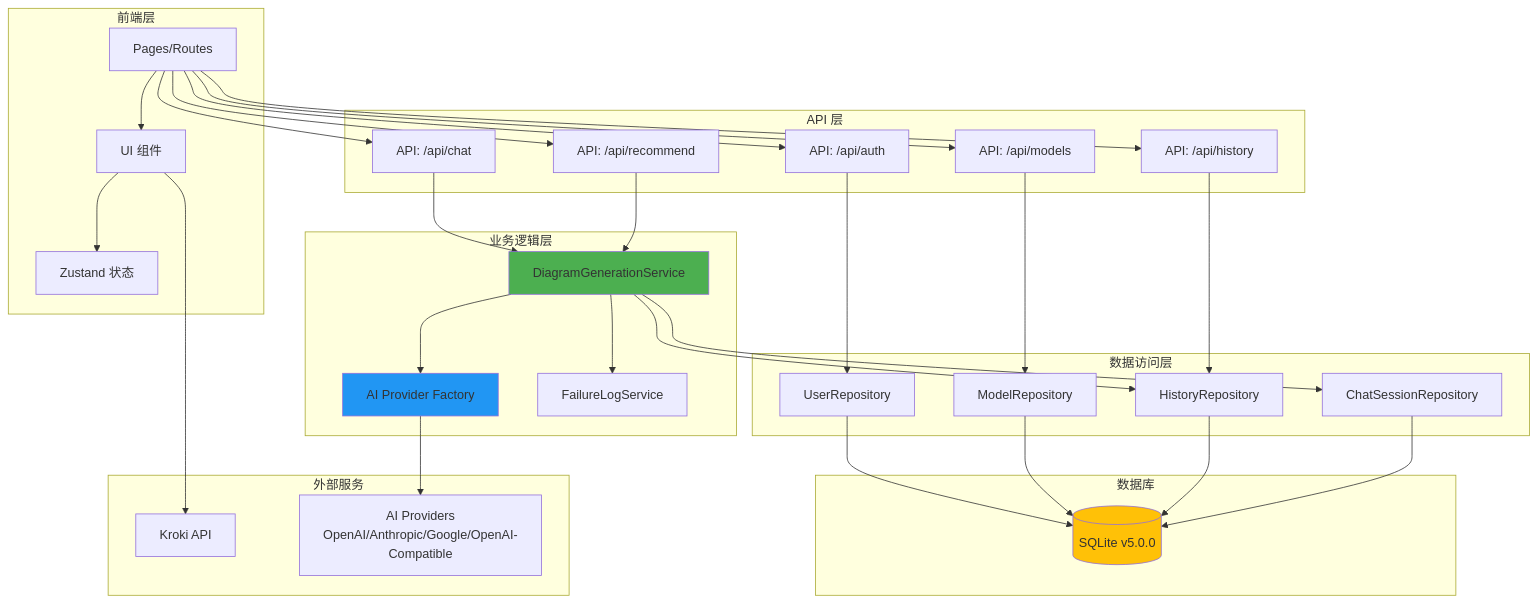
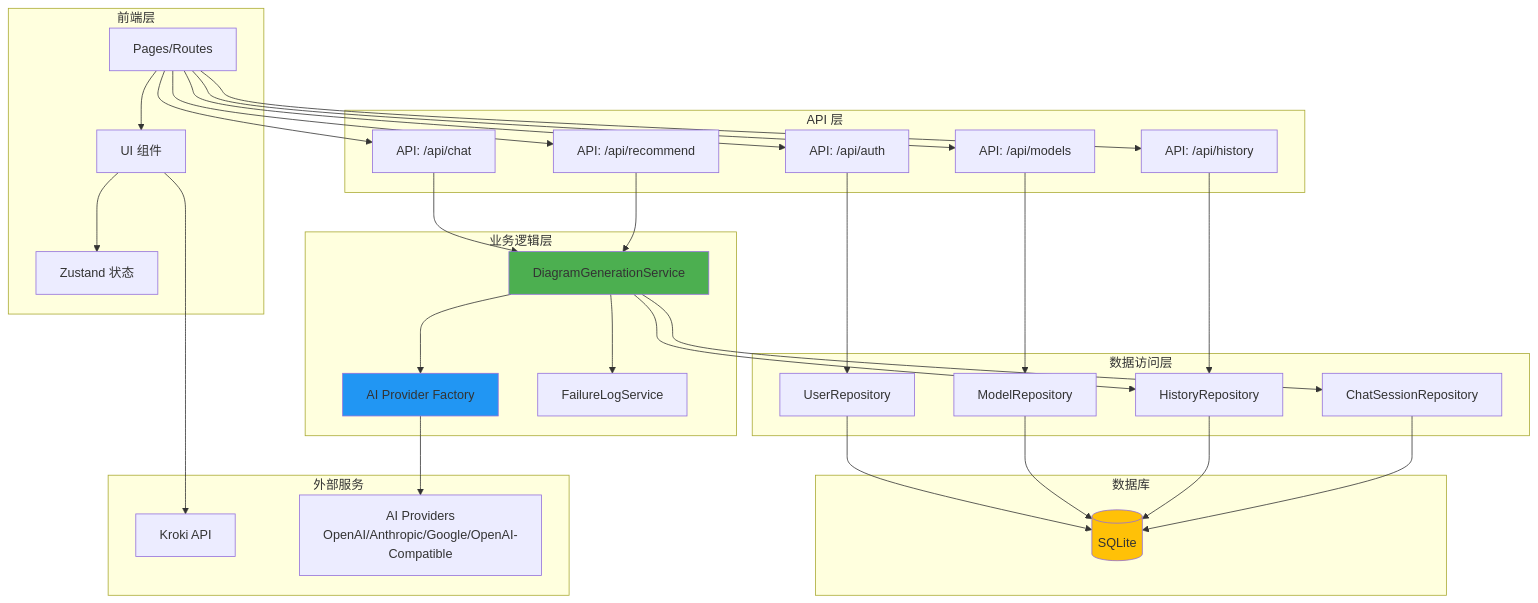
Before and after one commit to chyax98/DiagramAI: the first of 5 diagrams in CLAUDE.md, drawn with Mermaid. The commit also changed other lines of this file and 11 other files, not shown here.

````diff
--- a/CLAUDE.md
+++ b/CLAUDE.md
@@ -20,69 +20,69 @@
 ```mermaid
 graph TB
     subgraph Frontend["前端层"]
         Pages[Pages/Routes]
         Components[UI 组件]
         Stores[Zustand 状态]
     end
 
     subgraph API["API 层"]
         AuthAPI["API: /api/auth"]
         ChatAPI["API: /api/chat"]
         ModelsAPI["API: /api/models"]
         HistoryAPI["API: /api/history"]
         RecommendAPI["API: /api/recommend"]
     end
 
     subgraph Business["业务逻辑层"]
         Service[DiagramGenerationService]
         Factory[AI Provider Factory]
         FailureLog[FailureLogService]
     end
 
     subgraph Data["数据访问层"]
         UserRepo[UserRepository]
         ModelRepo[ModelRepository]
         HistoryRepo[HistoryRepository]
         SessionRepo[ChatSessionRepository]
     end
 
     subgraph Database["数据库"]
-        DB[(SQLite v5.0.0)]
+        DB[(SQLite)]
     end
 
     subgraph External["外部服务"]
         Kroki[Kroki API]
         AIProviders["AI Providers<br/>OpenAI/Anthropic/Google/OpenAI-Compatible"]
     end
 
     Pages --> Components
     Components --> Stores
     Pages --> AuthAPI
     Pages --> ChatAPI
     Pages --> ModelsAPI
     Pages --> HistoryAPI
     Pages --> RecommendAPI
 
     AuthAPI --> UserRepo
     ChatAPI --> Service
     ModelsAPI --> ModelRepo
     HistoryAPI --> HistoryRepo
     RecommendAPI --> Service
 
     Service --> Factory
     Service --> SessionRepo
     Service --> HistoryRepo
     Service --> FailureLog
 
     Factory --> AIProviders
     Components --> Kroki
 
     UserRepo --> DB
     ModelRepo --> DB
     HistoryRepo --> DB
     SessionRepo --> DB
 
     style Service fill:#4CAF50
     style Factory fill:#2196F3
     style DB fill:#FFC107
 ```
````
